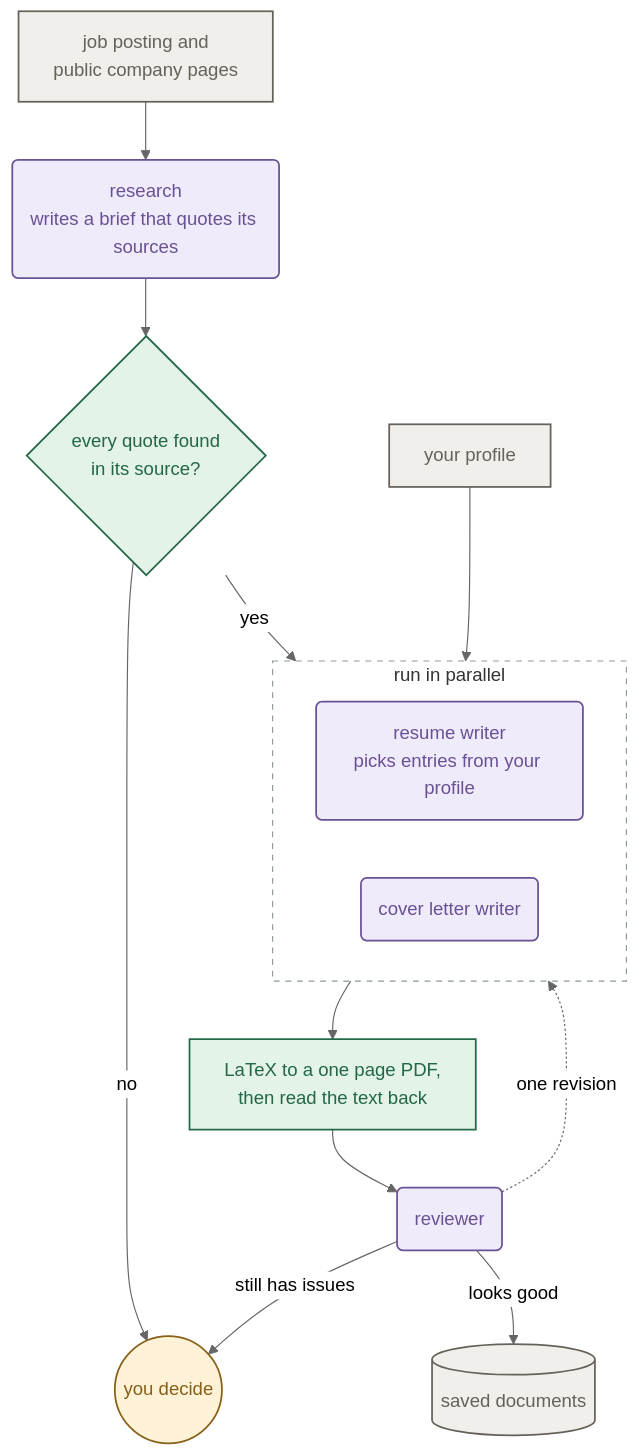
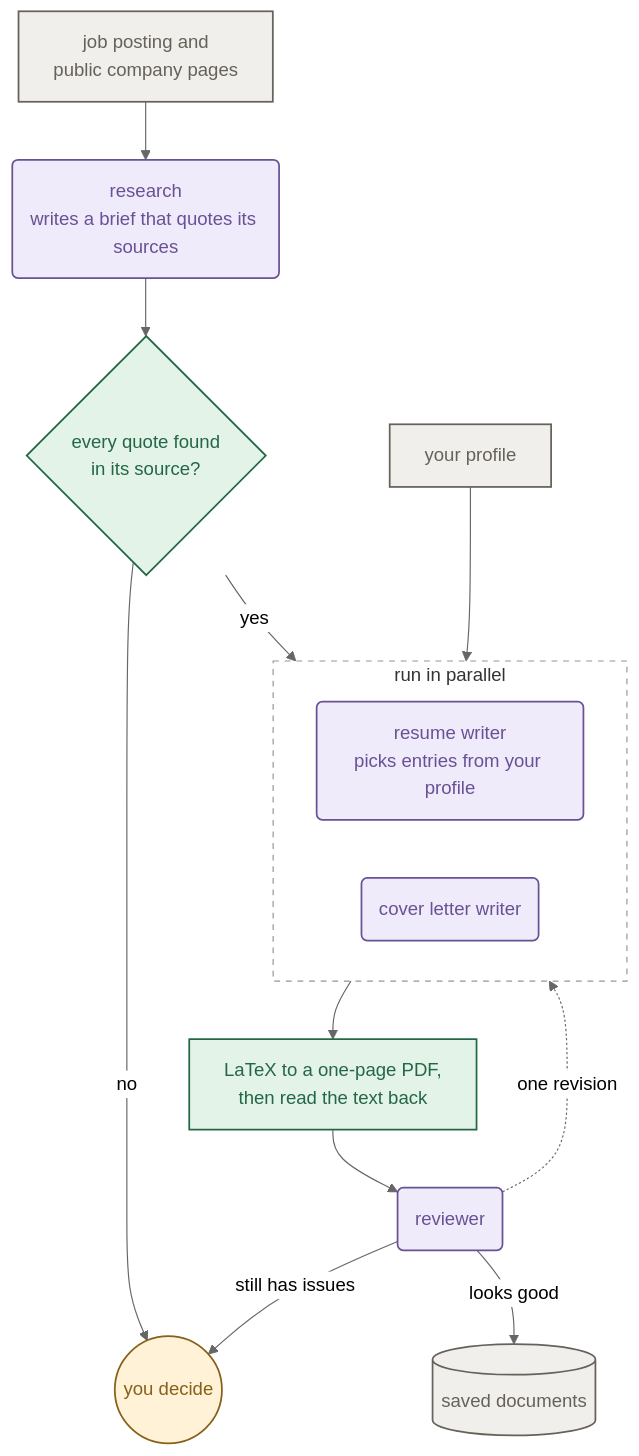
The second of 4 diagrams in README.md (KelvinWCH/intern-radar), drawn with Mermaid (neutral theme) before and after one commit. The commit also changed other lines of this file and 3 other files, not shown here.

````diff
--- a/README.md
+++ b/README.md
@@ -87,27 +91,27 @@
 ```mermaid
 flowchart TD
     posting["job posting and<br/>public company pages"] --> research("research<br/>writes a brief that quotes its sources")
     research --> quotes{"every quote found<br/>in its source?"}
     quotes -->|no| you(("you decide"))
     quotes -->|yes| writers
     profile["your profile"] --> writers
     subgraph writers ["run in parallel"]
         resume("resume writer<br/>picks entries from your profile")
         letter("cover letter writer")
     end
-    writers --> pdf["LaTeX to a one page PDF,<br/>then read the text back"]
+    writers --> pdf["LaTeX to a one-page PDF,<br/>then read the text back"]
     pdf --> reviewer("reviewer")
     reviewer -.->|one revision| writers
     reviewer -->|looks good| saved[("saved documents")]
     reviewer -->|still has issues| you
 
     classDef model fill:#f0ebfa,stroke:#695195,stroke-width:1.5px,color:#695195
     classDef check fill:#e4f3e8,stroke:#236746,stroke-width:1.5px,color:#236746
     classDef human fill:#fff2d6,stroke:#876019,stroke-width:1.5px,color:#876019
     classDef data fill:#f1efeb,stroke:#66625a,stroke-width:1.5px,color:#66625a
     class research,resume,letter,reviewer model
     class quotes,pdf check
     class you human
     class posting,profile,saved data
     style writers fill:none,stroke:#8b9a93,stroke-dasharray:5 5
 ```
````
